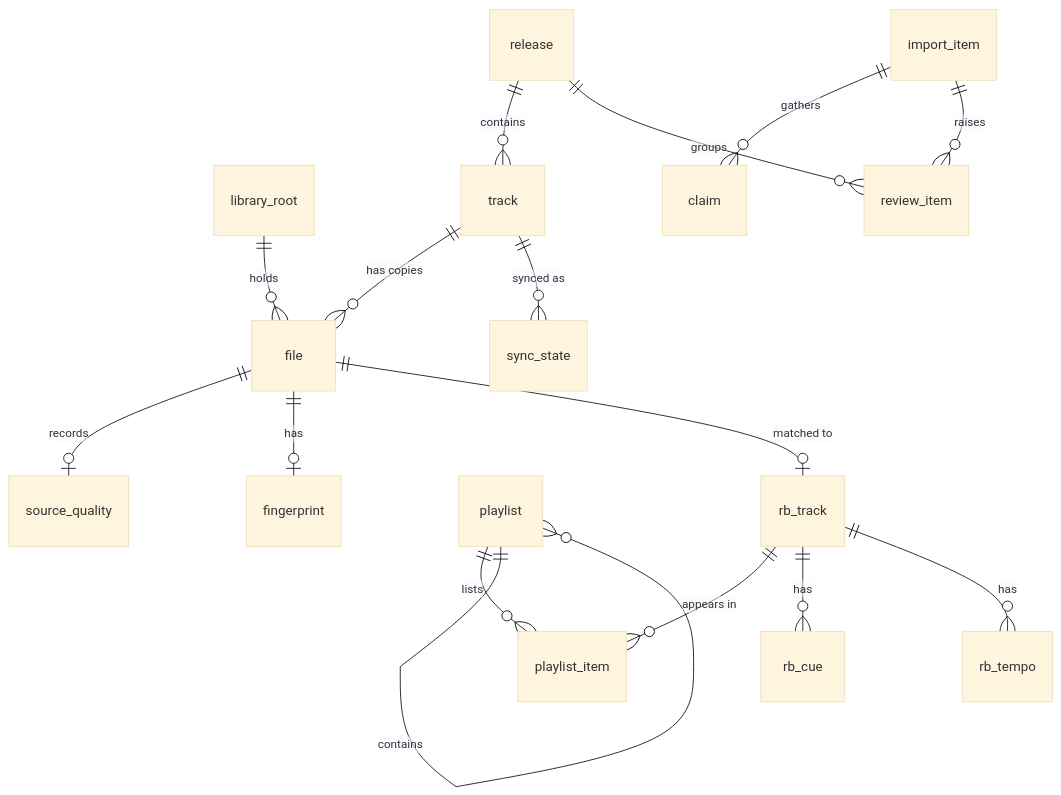
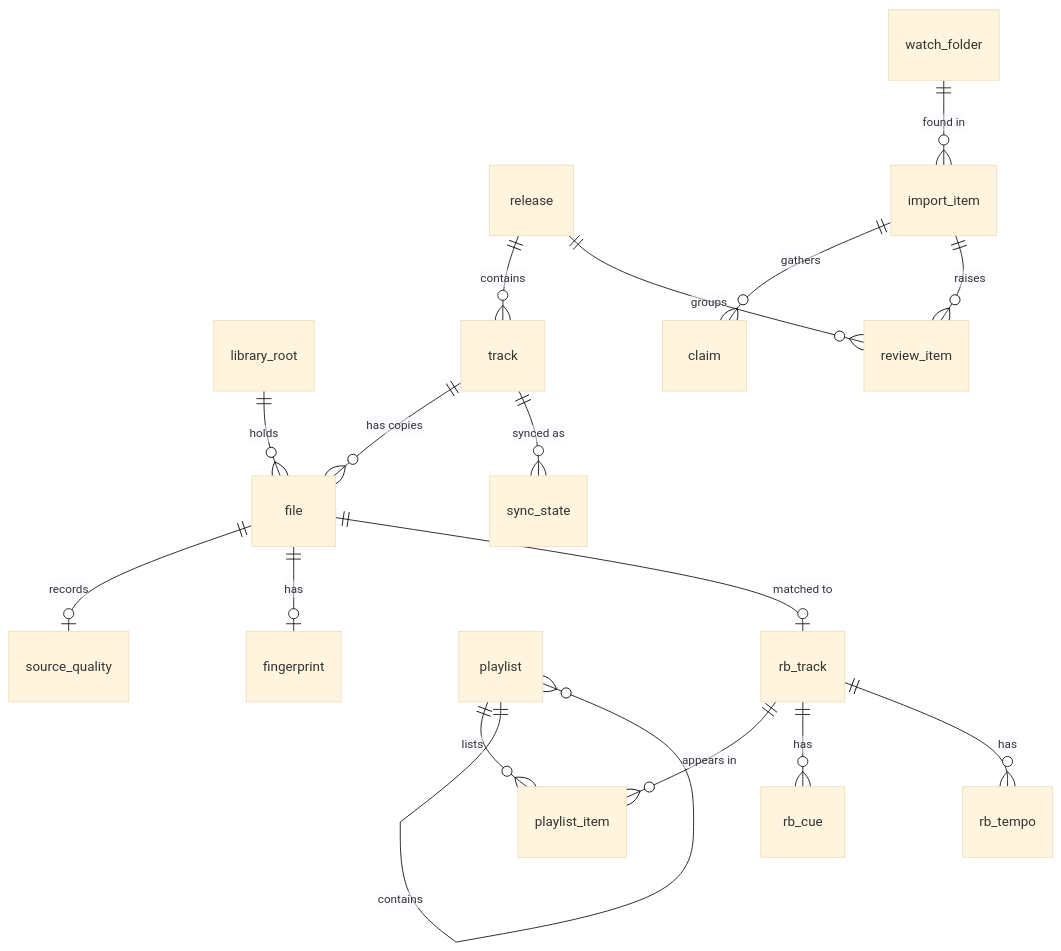
Before and after one commit to Calvin-Zikakis/openCrate: the diagram in docs/design/data-model.md, drawn with Mermaid (base theme). The commit also changed other lines of this file and 202 other files, not shown here.

````diff
--- a/docs/design/data-model.md
+++ b/docs/design/data-model.md
@@ -67,18 +107,19 @@
 ```mermaid
 erDiagram
     library_root ||--o{ file : holds
     release ||--o{ track : contains
     track ||--o{ file : "has copies"
     file ||--o| source_quality : records
     file ||--o| fingerprint : has
+    watch_folder ||--o{ import_item : "found in"
     import_item ||--o{ claim : gathers
     import_item ||--o{ review_item : raises
     release ||--o{ review_item : groups
     playlist ||--o{ playlist_item : lists
     playlist ||--o{ playlist : contains
     rb_track ||--o{ playlist_item : "appears in"
     file ||--o| rb_track : "matched to"
     rb_track ||--o{ rb_cue : has
     rb_track ||--o{ rb_tempo : has
     track ||--o{ sync_state : "synced as"
 ```
````
